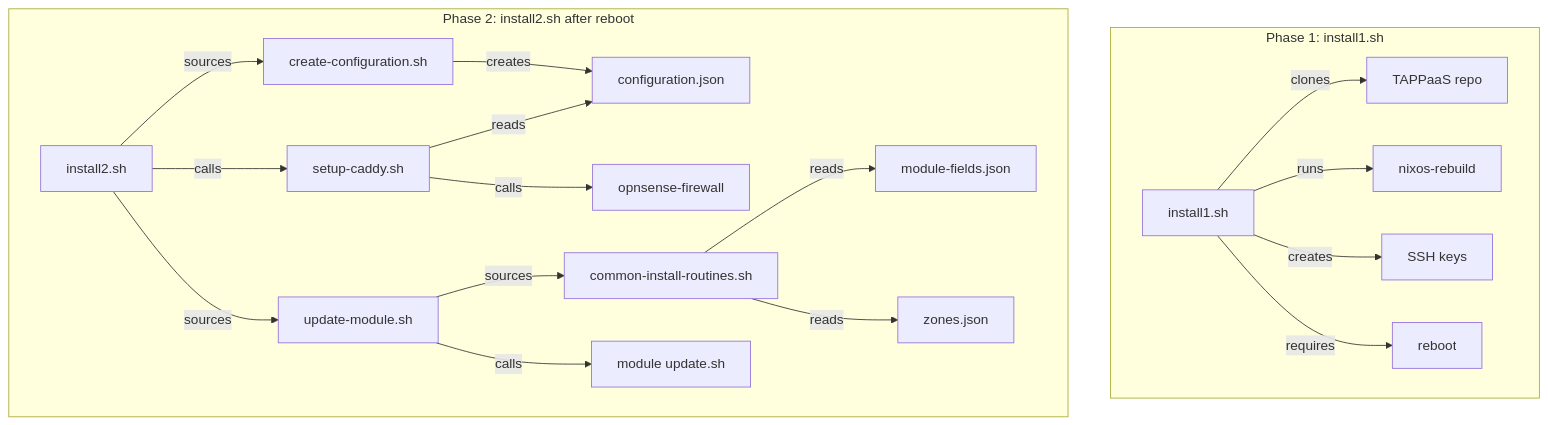
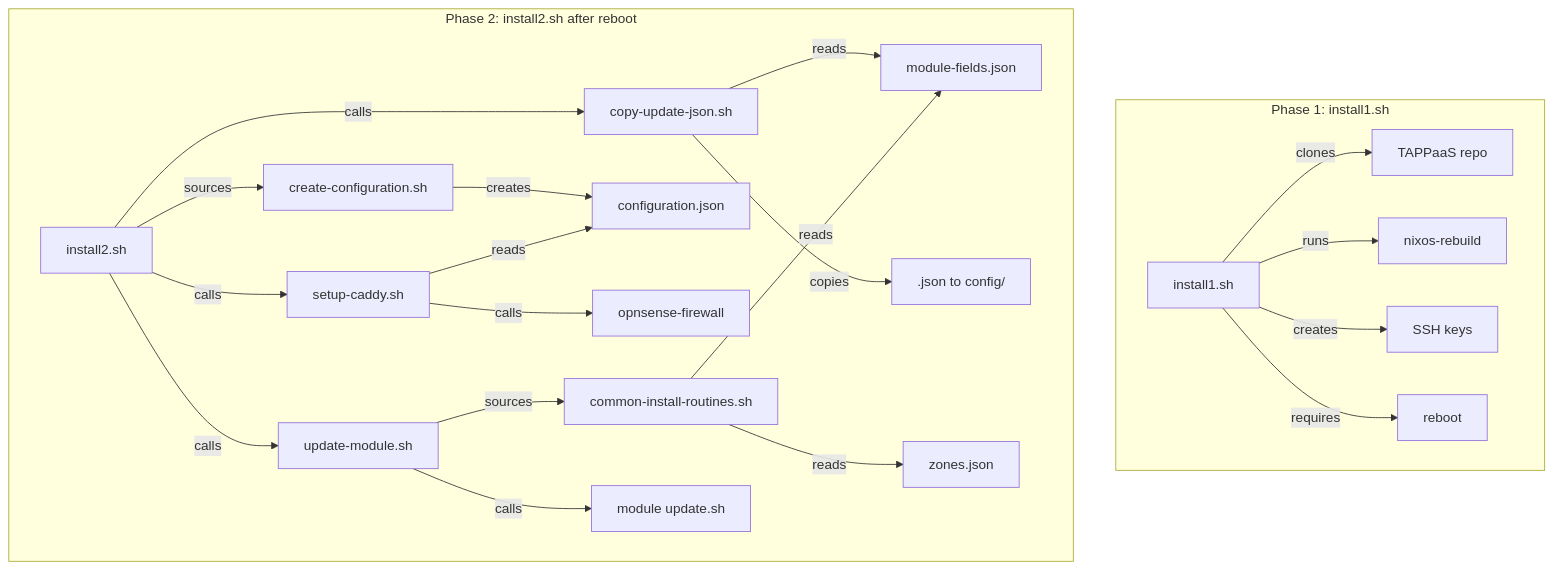
One commit to TAPPaaS/TAPPaaS changed the first of 8 diagrams in src/foundation/DEPENDENCIES.md. Above: the diagram before and after it, drawn with Mermaid. The commit also changed other lines of this file and 4 other files, not shown here.

````diff
--- a/src/foundation/DEPENDENCIES.md
+++ b/src/foundation/DEPENDENCIES.md
@@ -65,26 +65,30 @@
 ```mermaid
 graph TD
     subgraph "Phase 1: install1.sh"
         A[install1.sh] -->|clones| B[TAPPaaS repo]
         A -->|runs| C[nixos-rebuild]
         A -->|creates| D[SSH keys]
         A -->|requires| E[reboot]
     end
 
     subgraph "Phase 2: install2.sh after reboot"
         F[install2.sh] -->|sources| G[create-configuration.sh]
+        F -->|calls| N[copy-update-json.sh]
         F -->|calls| H[setup-caddy.sh]
-        F -->|sources| I[update-module.sh]
+        F -->|calls| I[update-module.sh]
 
         G -->|creates| J[configuration.json]
+
+        N -->|reads| P[module-fields.json]
+        N -->|copies| R["<module>.json to config/"]
 
         H -->|reads| J
         H -->|calls| K[opnsense-firewall]
 
         I -->|sources| L[common-install-routines.sh]
         I -->|calls| M["module update.sh"]
 
-        L -->|reads| P[module-fields.json]
+        L -->|reads| P
         L -->|reads| Q[zones.json]
     end
 ```
````
